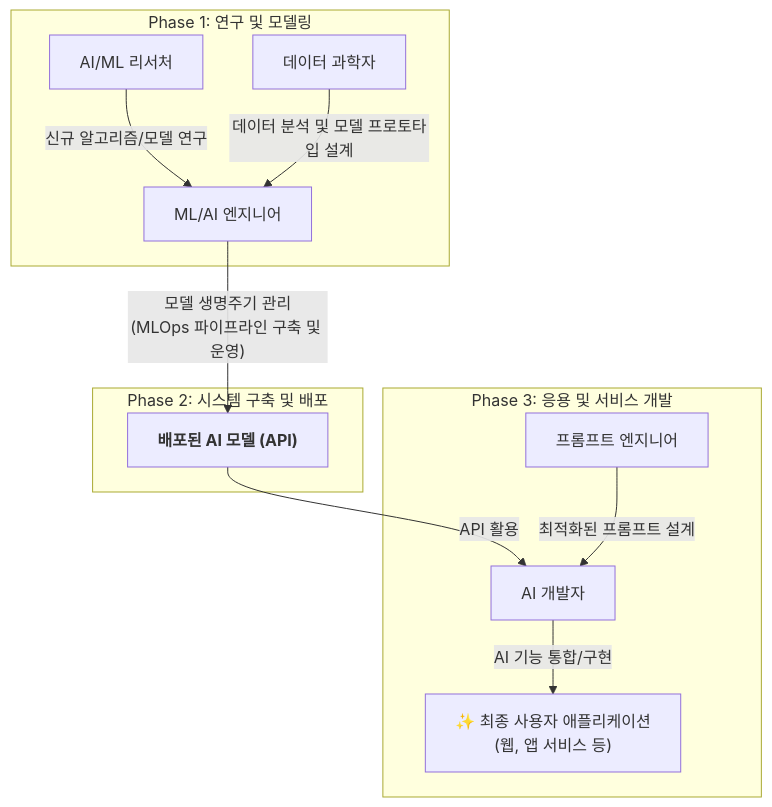
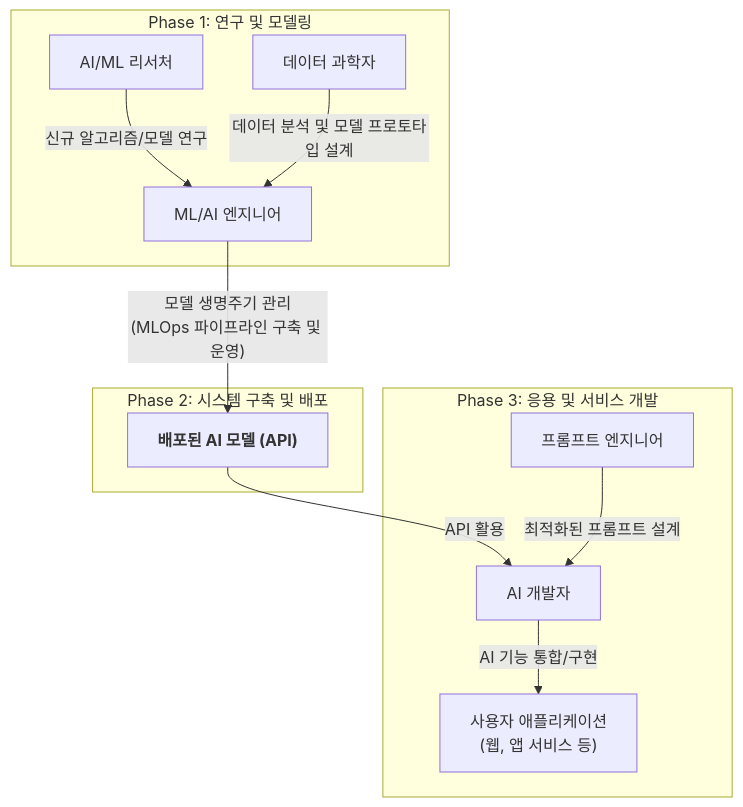
The diagram in content/AI 개발자와 ML 엔지니어의 차이.md (BEOKS/beoks.github.io), drawn with Mermaid before and after one commit. The commit also changed other lines of this file, not shown here.

Commit message:
Quartz sync: Aug 27, 2025, 10:01 AM

````diff
--- a/content/AI 개발자와 ML 엔지니어의 차이.md
+++ b/content/AI 개발자와 ML 엔지니어의 차이.md
@@ -55,18 +55,18 @@
 ```mermaid
 graph TD
     subgraph "Phase 1: 연구 및 모델링"
         A["AI/ML 리서처"] -- "신규 알고리즘/모델 연구" --> C
         B["데이터 과학자"] -- "데이터 분석 및 모델 프로토타입 설계" --> C
     end
 
     subgraph "Phase 2: 시스템 구축 및 배포"
         C["ML/AI 엔지니어"]
         C -- "모델 생명주기 관리<br/>(MLOps 파이프라인 구축 및 운영)" --> D_API["<b>배포된 AI 모델 (API)</b>"]
     end
 
     subgraph "Phase 3: 응용 및 서비스 개발"
         D_API -- "API 활용" --> E["AI 개발자"]
         F["프롬프트 엔지니어"] -- "최적화된 프롬프트 설계" --> E
-        E -- "AI 기능 통합/구현" --> G["✨ 최종 사용자 애플리케이션<br/>(웹, 앱 서비스 등)"]
+        E -- "AI 기능 통합/구현" --> G["사용자 애플리케이션<br/>(웹, 앱 서비스 등)"]
     end
 ```
````
